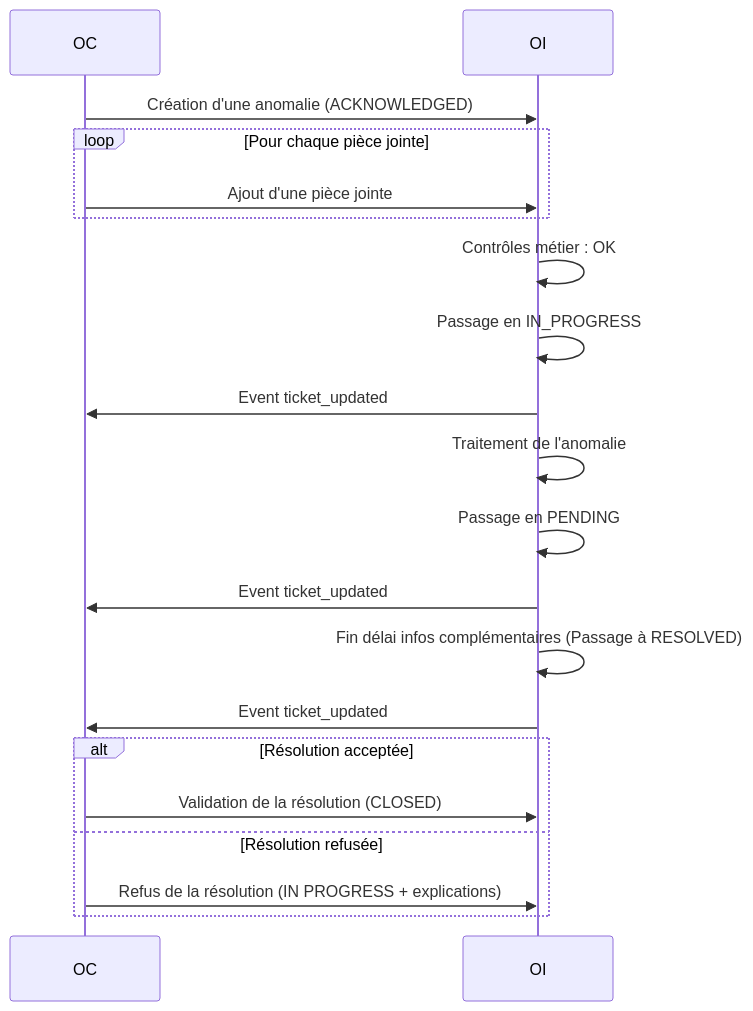
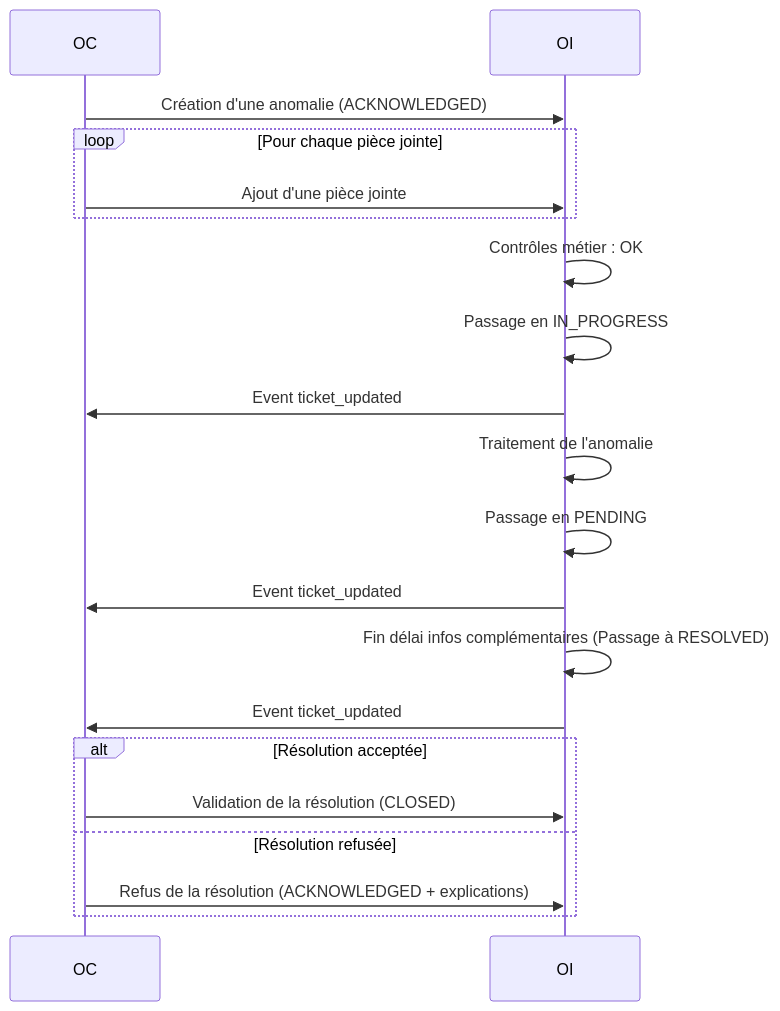
The fourth of 5 diagrams in README.md (before-interop/anomalieAdresse), drawn with Mermaid before and after one commit. The commit also changed other lines of this file, not shown here.

````diff
--- a/README.md
+++ b/README.md
@@ -120,28 +118,28 @@
 ```mermaid
 sequenceDiagram
 
   participant OC
   participant OI
 
   OC->>OI: Création d'une anomalie (ACKNOWLEDGED)
   loop Pour chaque pièce jointe
     OC->>OI: Ajout d'une pièce jointe
   end
 
   OI->>OI: Contrôles métier : OK
   OI->>OI: Passage en IN_PROGRESS
   OI->>OC: Event ticket_updated
 
   OI->>OI: Traitement de l'anomalie
   OI->>OI: Passage en PENDING
   OI->>OC: Event ticket_updated
 
   OI->>OI: Fin délai infos complémentaires (Passage à RESOLVED)
   OI->>OC: Event ticket_updated
 
   alt Résolution acceptée
     OC->>OI: Validation de la résolution (CLOSED)
   else Résolution refusée
-    OC->>OI: Refus de la résolution (IN PROGRESS + explications)
+    OC->>OI: Refus de la résolution (ACKNOWLEDGED + explications)
  end
 ```
````
